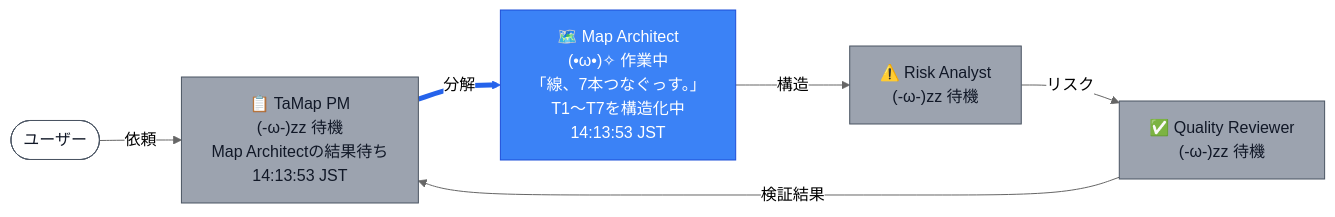
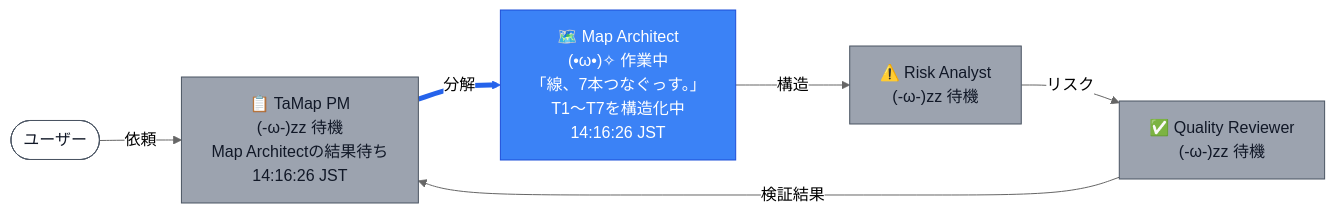
One commit to nekomario28/tamap changed the fifth of 11 diagrams in docs/sample_output.md. Above: the diagram before and after it, drawn with Mermaid (neutral theme). The commit also changed other lines of this file and 4 other files, not shown here.

````diff
--- a/docs/sample_output.md
+++ b/docs/sample_output.md
@@ -152,22 +152,22 @@
 ```mermaid
 flowchart LR
   U(["ユーザー"])
-  PM["📋 TaMap PM<br>(-ω-)zz 待機<br>Map Architectの結果待ち<br>14:13:53 JST"]
-  MA["🗺️ Map Architect<br>(•ω•)✧ 作業中<br>「線、7本つなぐっす。」<br>T1〜T7を構造化中<br>14:13:53 JST"]
+  PM["📋 TaMap PM<br>(-ω-)zz 待機<br>Map Architectの結果待ち<br>14:16:26 JST"]
+  MA["🗺️ Map Architect<br>(•ω•)✧ 作業中<br>「線、7本つなぐっす。」<br>T1〜T7を構造化中<br>14:16:26 JST"]
   RA["⚠️ Risk Analyst<br>(-ω-)zz 待機"]
   QR["✅ Quality Reviewer<br>(-ω-)zz 待機"]
   U -- 依頼 --> PM
   PM -- 分解 --> MA
   MA -- 構造 --> RA
   RA -- リスク --> QR
   QR -- 検証結果 --> PM
   classDef idle fill:#9ca3af,stroke:#4b5563,color:#111827
   classDef working fill:#3b82f6,stroke:#1d4ed8,color:#ffffff
   classDef done fill:#22c55e,stroke:#15803d,color:#ffffff
   classDef error fill:#ef4444,stroke:#991b1b,color:#ffffff
   classDef user fill:#ffffff,stroke:#4b5563,color:#111827
   class U user
   class PM,RA,QR idle
   class MA working
   linkStyle 1 stroke:#2563eb,stroke-width:5px
 ```
````
